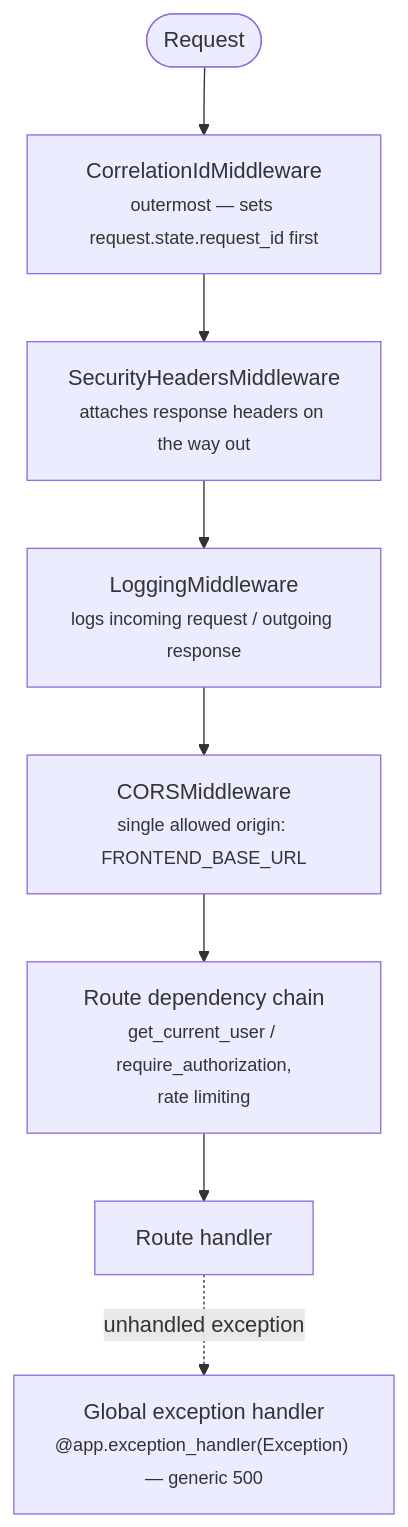
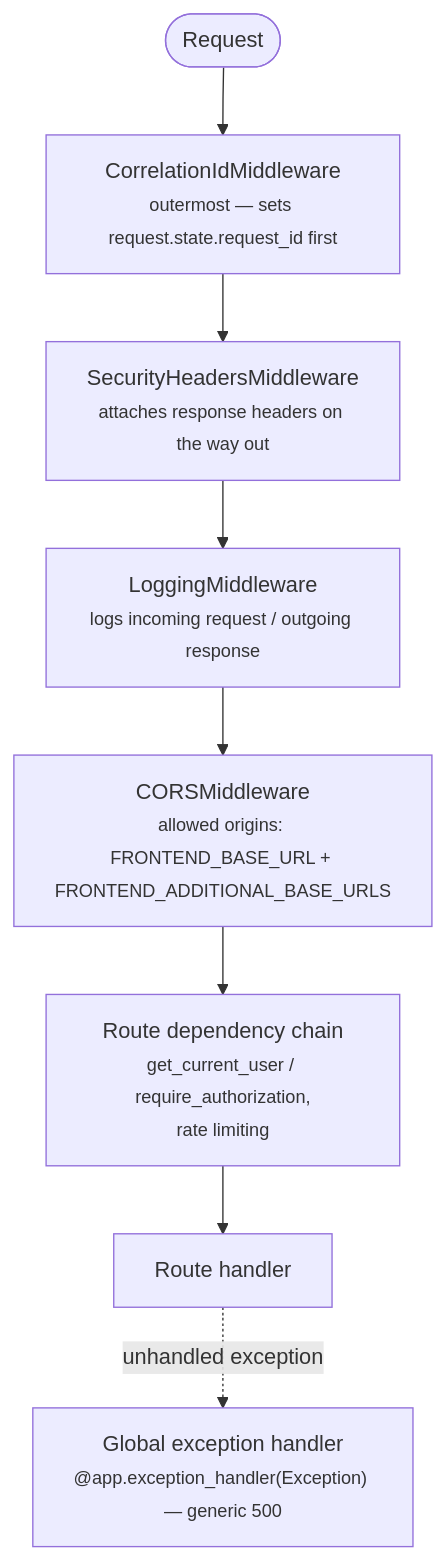
The diagram in docs/mystic_auth/architecture/backend.md (Nachiket-2024/mystic-auth), drawn with Mermaid before and after one commit. The commit also changed other lines of this file and 49 other files, not shown here.

Commit message:
Added sidebar/SDK extension, multi-origin CORS, Docker CI, and docs fixes

````diff
--- a/docs/mystic_auth/architecture/backend.md
+++ b/docs/mystic_auth/architecture/backend.md
@@ -30,14 +30,14 @@
 ```mermaid
 flowchart TD
     Request(["Request"])
     Correlation["CorrelationIdMiddleware<br/><small>outermost — sets request.state.request_id first</small>"]
     Security["SecurityHeadersMiddleware<br/><small>attaches response headers on the way out</small>"]
     Logging["LoggingMiddleware<br/><small>logs incoming request / outgoing response</small>"]
-    Cors["CORSMiddleware<br/><small>single allowed origin: FRONTEND_BASE_URL</small>"]
+    Cors["CORSMiddleware<br/><small>allowed origins: FRONTEND_BASE_URL + FRONTEND_ADDITIONAL_BASE_URLS</small>"]
     Deps["Route dependency chain<br/><small>get_current_user / require_authorization,<br/>rate limiting</small>"]
     Handler["Route handler"]
     Error["Global exception handler<br/><small>@app.exception_handler(Exception) — generic 500</small>"]
 
     Request --> Correlation --> Security --> Logging --> Cors --> Deps --> Handler
     Handler -. "unhandled exception" .-> Error
 ```
````
